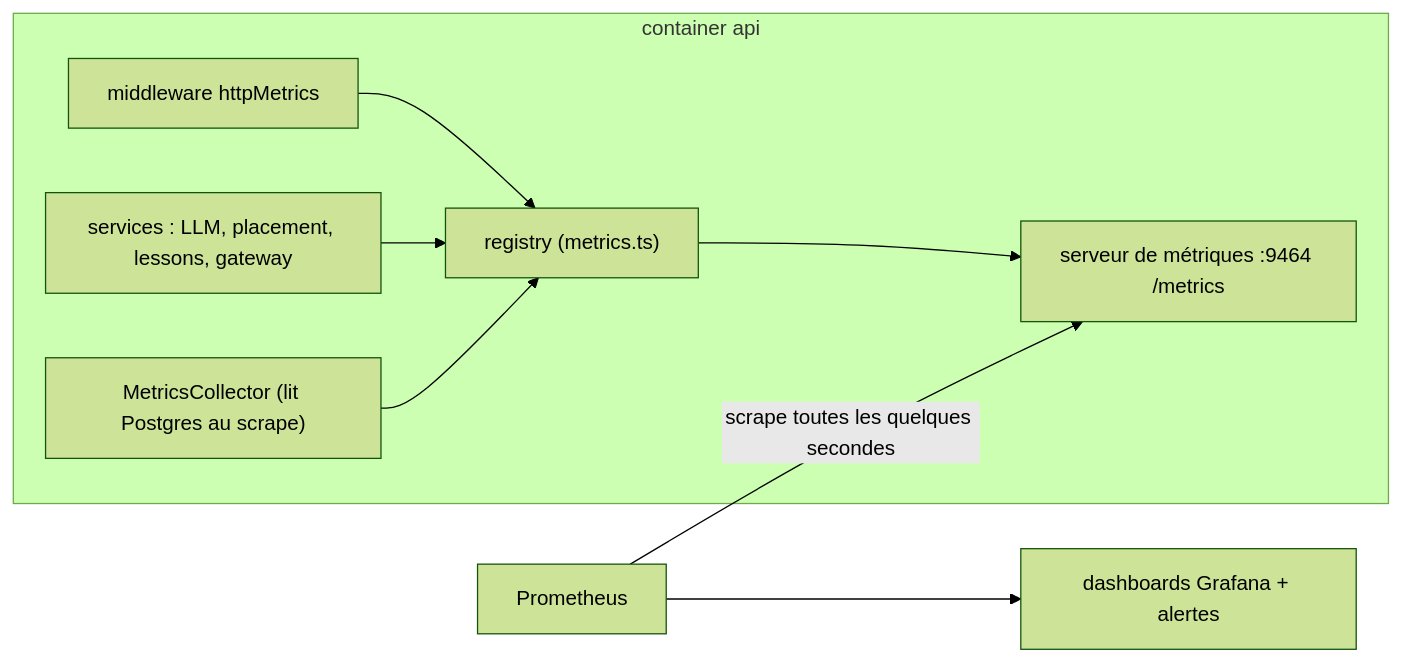
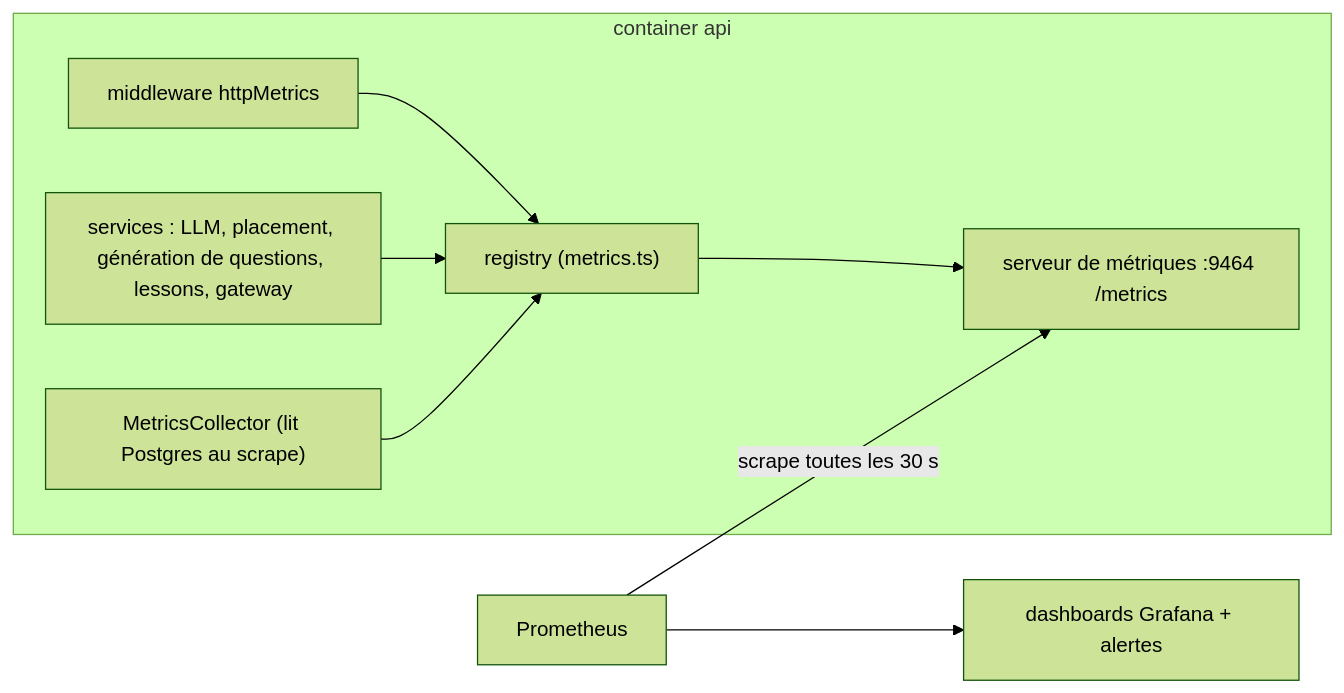
The fifth of 7 diagrams in docs-fr/api/03-infrastructure.md (VictorBro/ft_transcendence), drawn with Mermaid (forest theme) before and after one commit. The commit also changed other lines of this file and 85 other files, not shown here.

````diff
--- a/docs-fr/api/03-infrastructure.md
+++ b/docs-fr/api/03-infrastructure.md
@@ -420,11 +422,11 @@
 ```mermaid
 flowchart LR
     subgraph API["container api"]
         MW["middleware httpMetrics"] --> REG["registry (metrics.ts)"]
-        SV["services : LLM, placement, lessons, gateway"] --> REG
+        SV["services : LLM, placement, génération de questions, lessons, gateway"] --> REG
         COL["MetricsCollector (lit Postgres au scrape)"] --> REG
         REG --> MS["serveur de métriques :9464 /metrics"]
     end
-    PROM["Prometheus"] -- "scrape toutes les quelques secondes" --> MS
+    PROM["Prometheus"] -- "scrape toutes les 30 s" --> MS
     PROM --> GRAF["dashboards Grafana + alertes"]
 ```
````
